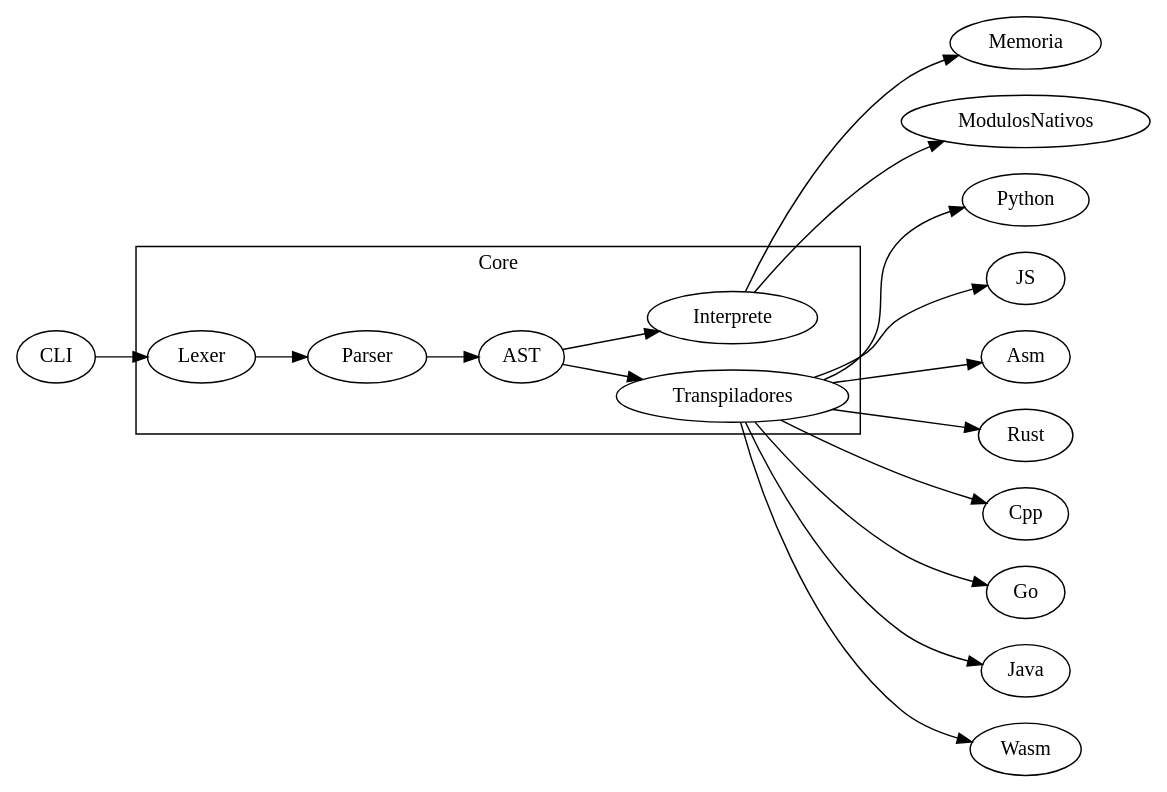
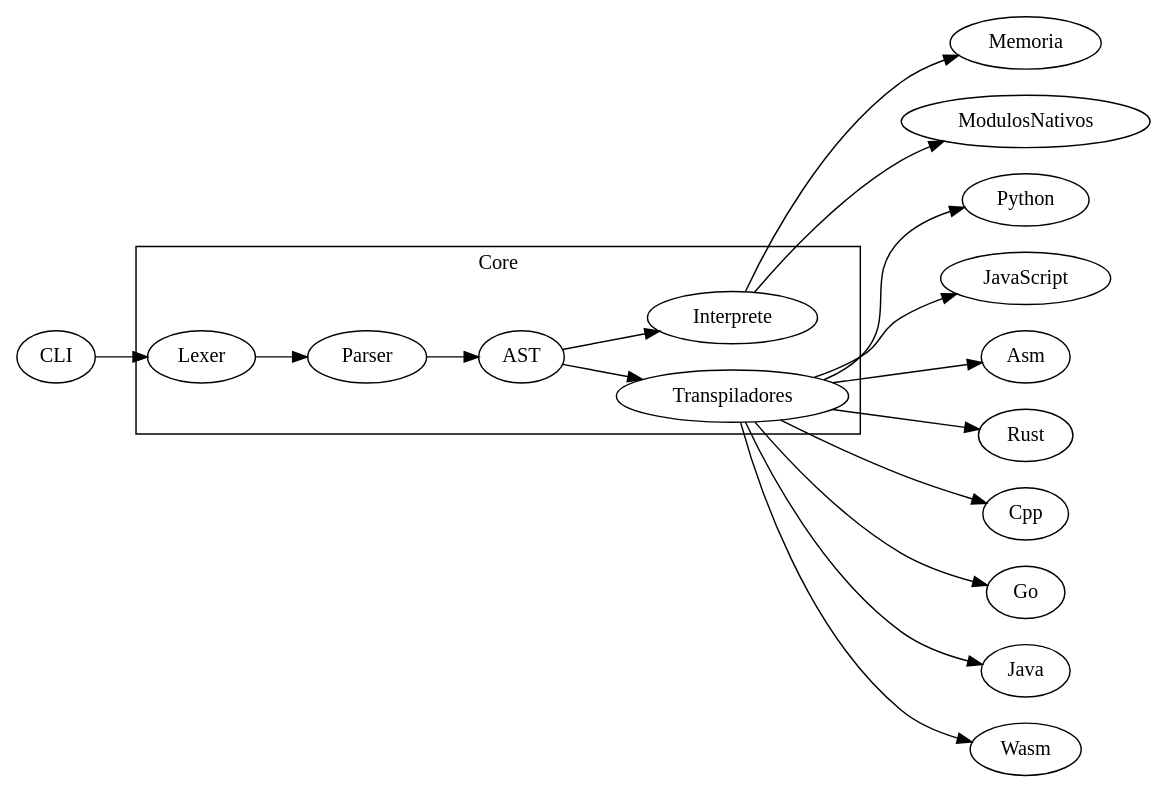
One commit to Alphonsus411/pCobra changed the diagram in docs/frontend/arquitectura.rst. Above: the diagram before and after it, drawn with Graphviz. The commit also changed other lines of this file and 3 other files, not shown here.

```diff
--- a/docs/frontend/arquitectura.rst
+++ b/docs/frontend/arquitectura.rst
@@ -51,16 +51,16 @@
 .. graphviz::
    :caption: Relación entre los módulos
 
    digraph cobra {
        rankdir=LR;
        subgraph cluster_core {
            label="Core";
            Lexer -> Parser -> AST;
            AST -> Interprete;
            AST -> Transpiladores;
        }
        CLI -> Lexer;
    Interprete -> Memoria;
    Interprete -> ModulosNativos;
-   Transpiladores -> {Python JS Asm Rust Cpp Go Java Wasm};
+   Transpiladores -> {Python JavaScript Asm Rust Cpp Go Java Wasm};
    }
```
